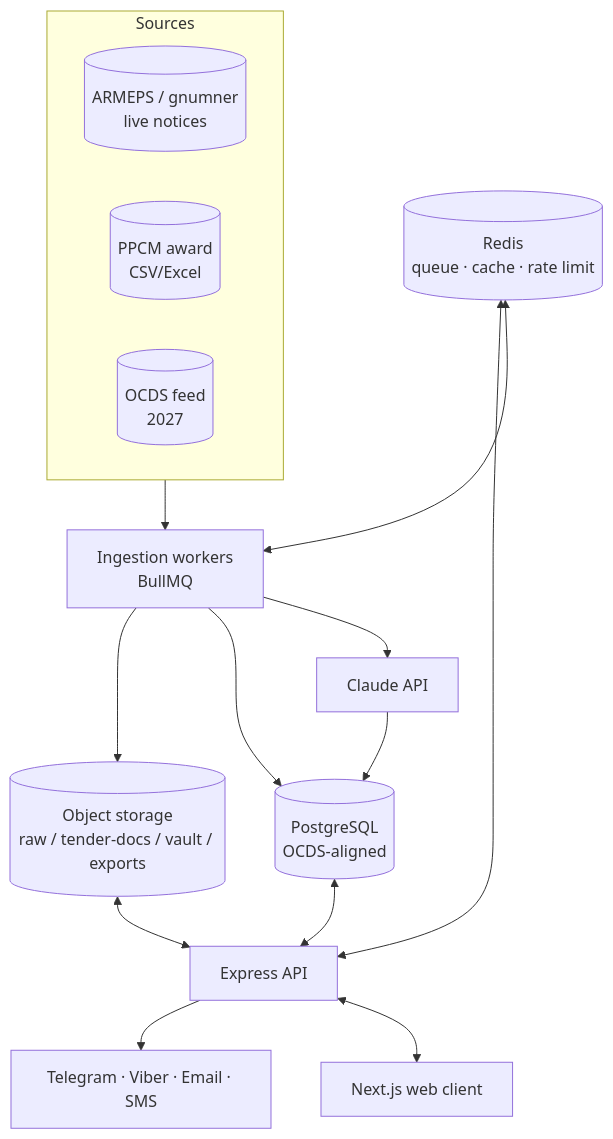
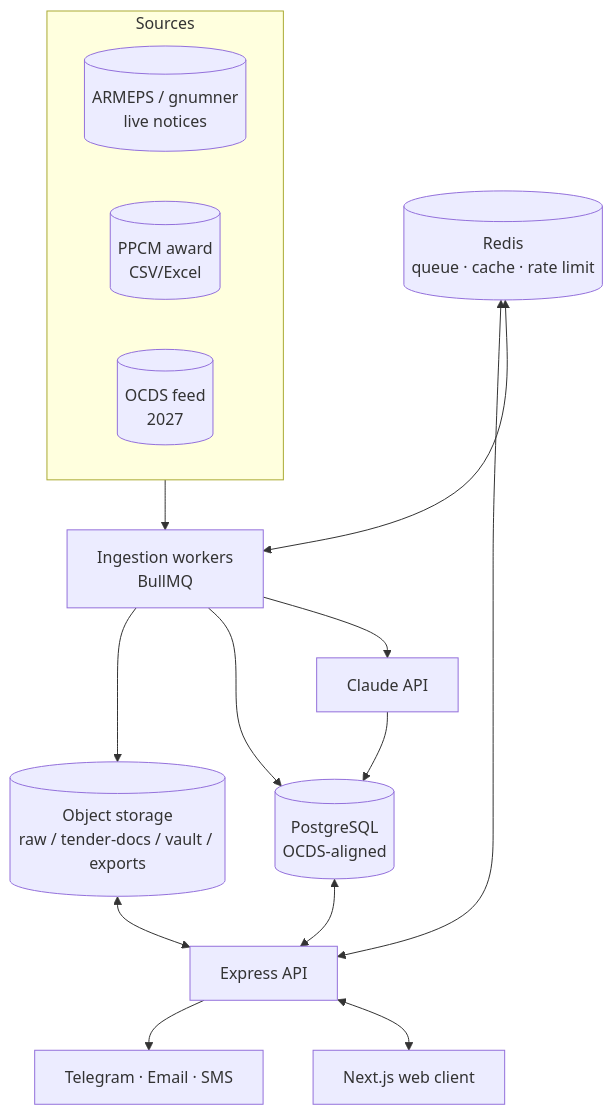
One commit to Serg0At/TenderIQ changed the first of 2 diagrams in docs/ARCHITECTURE.md. Above: the diagram before and after it, drawn with Mermaid. The commit also changed other lines of this file and 41 other files, not shown here.

````diff
--- a/docs/ARCHITECTURE.md
+++ b/docs/ARCHITECTURE.md
@@ -39,21 +39,21 @@
 ```mermaid
 flowchart TB
     subgraph Sources
       ARMEPS[(ARMEPS / gnumner<br/>live notices)]
       PPCM[(PPCM award<br/>CSV/Excel)]
       OCDS[(OCDS feed<br/>2027)]
     end
 
     Sources --> W[Ingestion workers<br/>BullMQ]
     W --> OBJ[(Object storage<br/>raw / tender-docs / vault / exports)]
     W --> PG[(PostgreSQL<br/>OCDS-aligned)]
     W --> AI[Claude API]
     AI --> PG
 
     PG <--> API[Express API]
     REDIS[(Redis<br/>queue · cache · rate limit)] <--> API
     REDIS <--> W
     OBJ <--> API
-    API --> NOTIF[Telegram · Viber · Email · SMS]
+    API --> NOTIF[Telegram · Email · SMS]
     API <--> WEB[Next.js web client]
 ```
````
